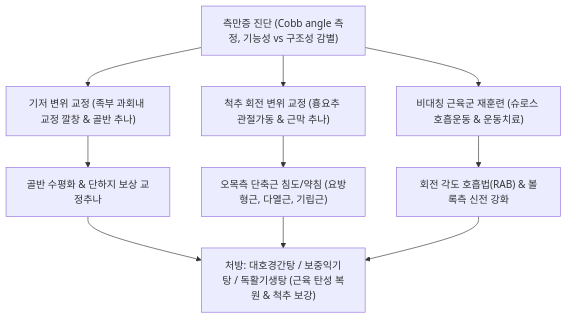
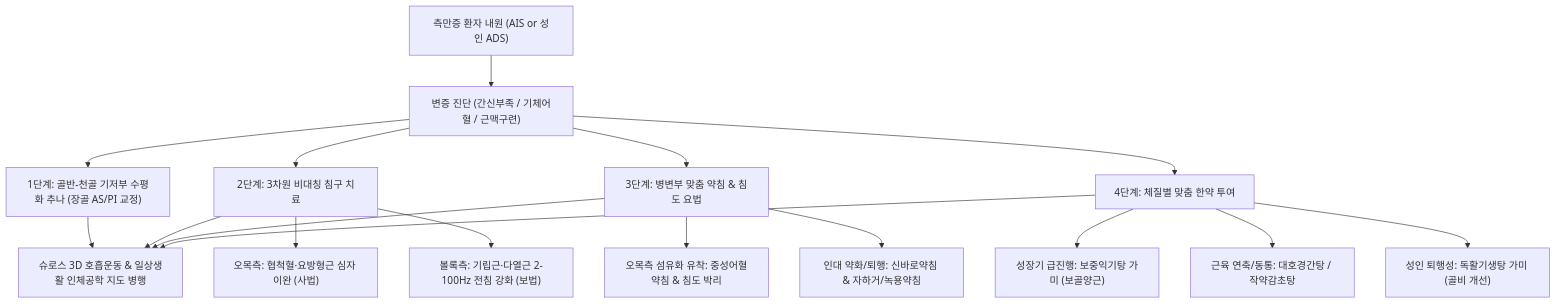
One commit to simbio11/simbio-digital-garden2 changed the third of 3 diagrams in content/3. 이론 공부/질환/근골격계 질환/척추/측만증.md. Above: the diagram before and after it, drawn with Mermaid. The commit also changed other lines of this file and 350 other files, not shown here.

````diff
--- a/content/3. 이론 공부/질환/근골격계 질환/척추/측만증.md
+++ b/content/3. 이론 공부/질환/근골격계 질환/척추/측만증.md
@@ -161,12 +470,21 @@
 ```mermaid
-graph TD
-    A["측만증 진단 (Cobb angle 측정, 기능성 vs 구조성 감별)"] --> B["기저 변위 교정 (족부 과회내 교정 깔창 & 골반 추나)"]
-    A --> C["척추 회전 변위 교정 (흉요추 관절가동 & 근막 추나)"]
-    A --> D["비대칭 근육군 재훈련 (슈로스 호흡운동 & 운동치료)"]
-
-    B --> E["골반 수평화 & 단하지 보상 교정추나"]
-    C --> F["오목측 단축근 침도/약침 (요방형근, 다열근, 기립근)"]
-    D --> G["회전 각도 호흡법(RAB) & 볼록측 신전 강화"]
-
-    E & F & G --> H["처방: 대호경간탕 / 보중익기탕 / 독활기생탕 (근육 탄성 복원 & 척추 보강)"]
+flowchart TD
+    A["측만증 환자 내원 (AIS or 성인 ADS)"] --> B["변증 진단 (간신부족 / 기체어혈 / 근맥구련)"]
+    
+    B --> C["1단계: 골반-천골 기저부 수평화 추나 (장골 AS/PI 교정)"]
+    B --> D["2단계: 3차원 비대칭 침구 치료"]
+    B --> E["3단계: 병변부 맞춤 약침 & 침도 요법"]
+    B --> F["4단계: 체질별 맞춤 한약 투여"]
+    
+    D --> D1["오목측: 협척혈·요방형근 심자 이완 (사법)"]
+    D --> D2["볼록측: 기립근·다열근 2-100Hz 전침 강화 (보법)"]
+    
+    E --> E1["오목측 섬유화 유착: 중성어혈약침 & 침도 박리"]
+    E --> E2["인대 약화/퇴행: 신바로약침 & 자하거/녹용약침"]
+    
+    F --> F1["성장기 급진행: 보중익기탕 가미 (보골양근)"]
+    F --> F2["근육 연축/동통: 대호경간탕 / 작약감초탕"]
+    F --> F3["성인 퇴행성: 독활기생탕 가미 (골비 개선)"]
+    
+    C & D & E & F --> G["슈로스 3D 호흡운동 & 일상생활 인체공학 지도 병행"]
 ```
````
